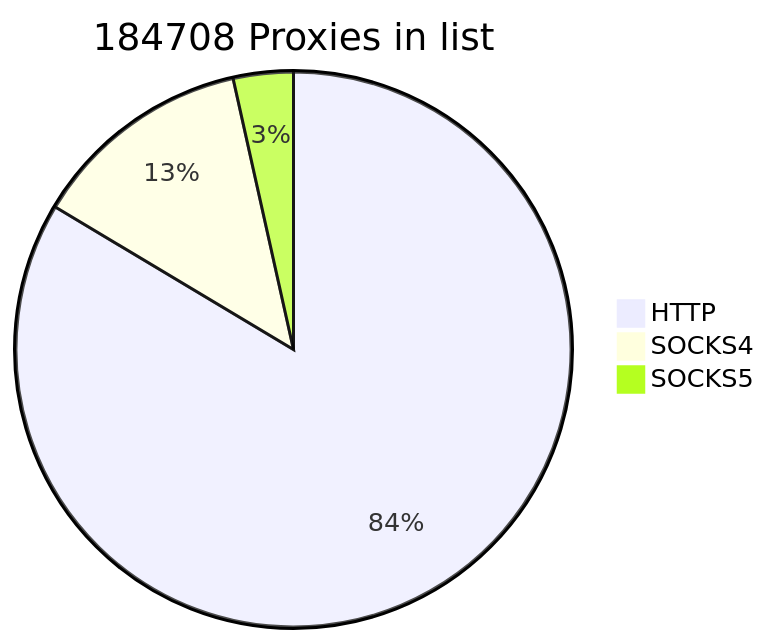
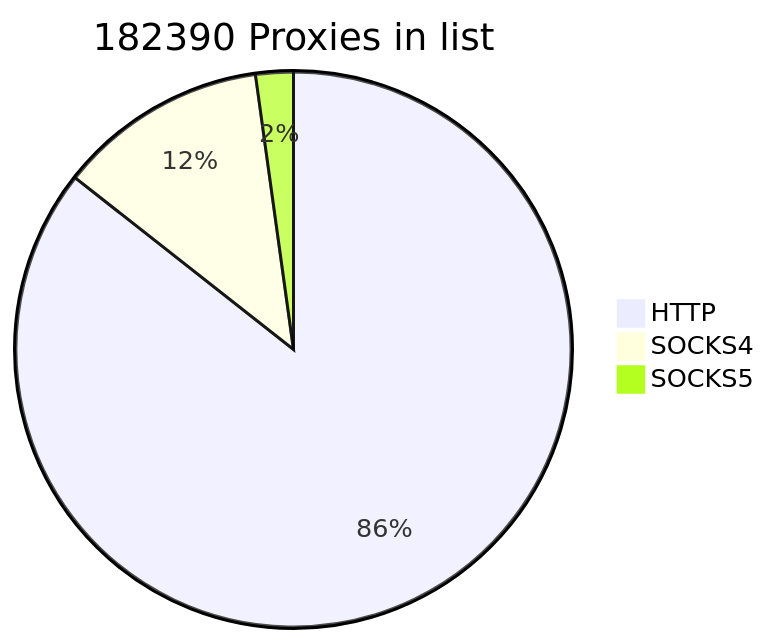
Before and after one commit to cutipu/proxylist: the first of 2 diagrams in README.md, drawn with Mermaid. The commit also changed other lines of this file, not shown here.

````diff
--- a/README.md
+++ b/README.md
@@ -2,7 +2,7 @@
 ```mermaid
-pie title 184708 Proxies in list
-    "HTTP" : 154380
-    "SOCKS4" : 23881
-    "SOCKS5" : 6447
+pie title 182390 Proxies in list
+    "HTTP" : 156140
+    "SOCKS4" : 22254
+    "SOCKS5" : 3996
             
 ```
````
